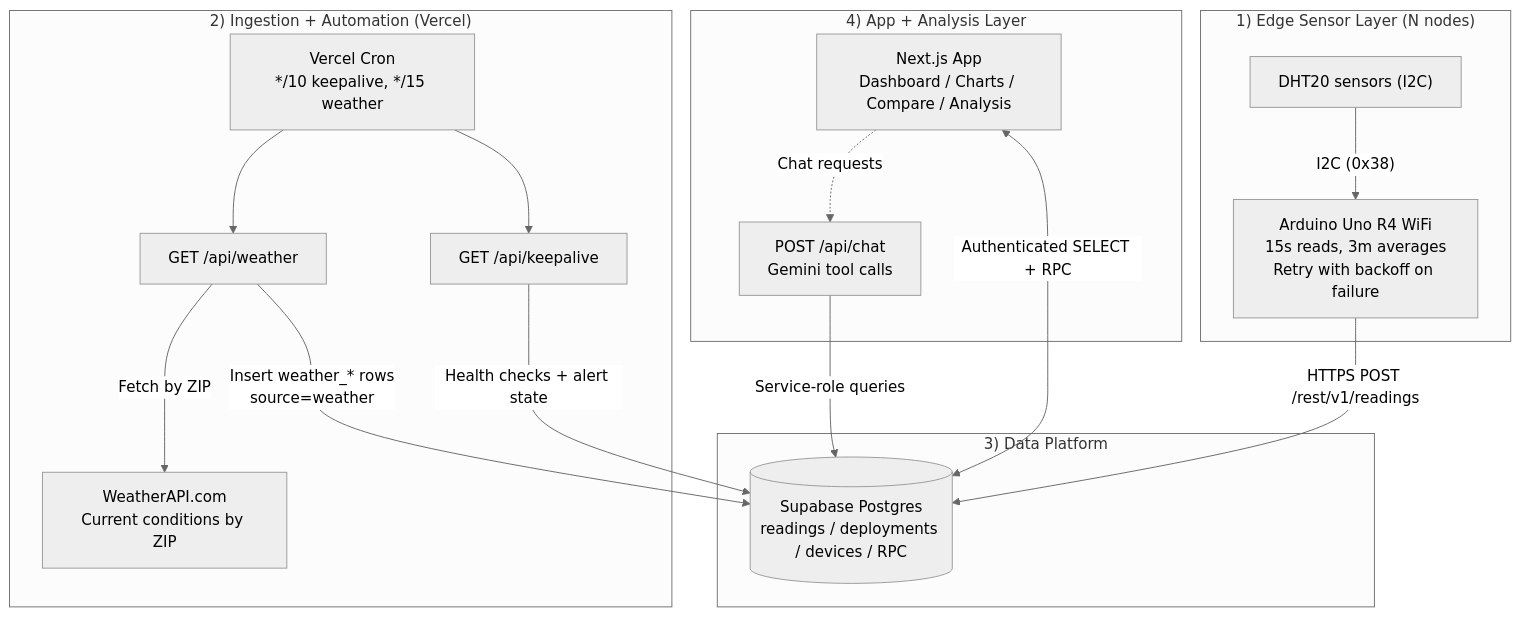
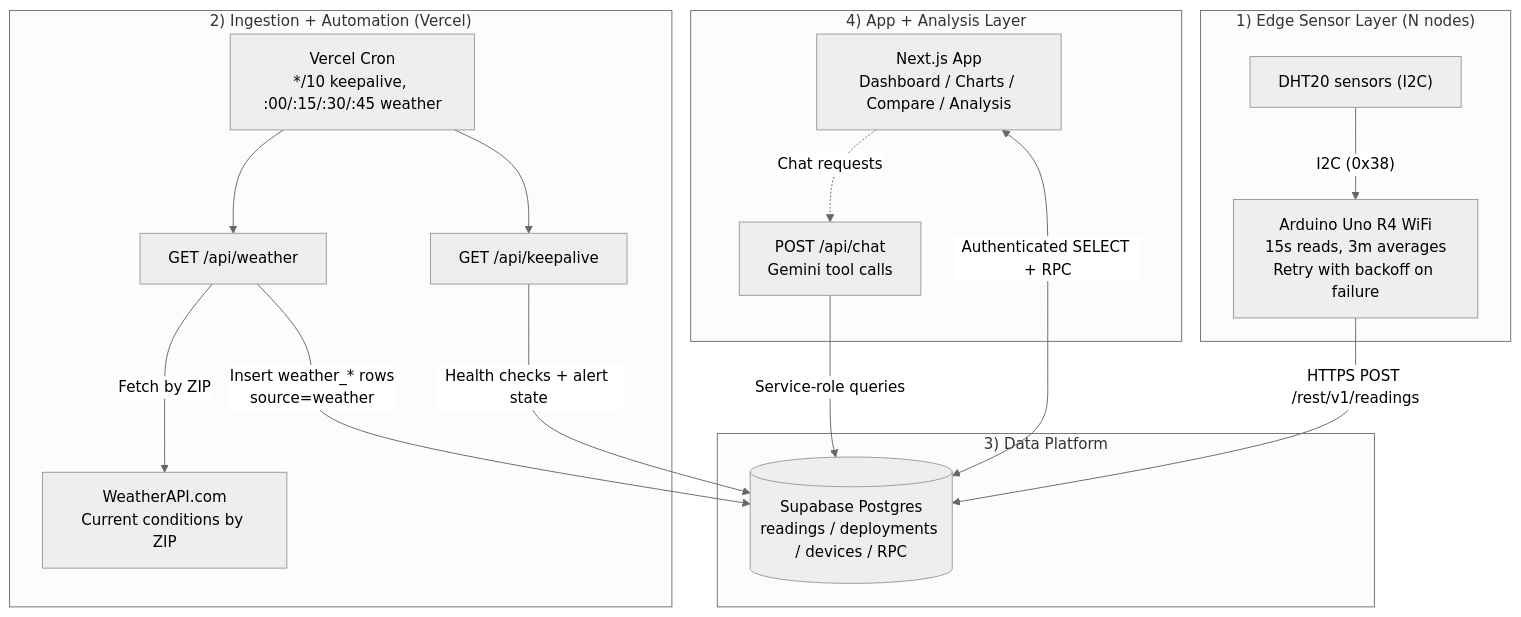
Before and after one commit to nikholasnova/TH-Dashboard: the diagram in README.md, drawn with Mermaid (neutral theme). The commit also changed 4 other files, not shown here.

````diff
--- a/README.md
+++ b/README.md
@@ -9,34 +9,34 @@
 ```mermaid
 flowchart TB
   subgraph edge["1) Edge Sensor Layer (N nodes)"]
     dht["DHT20 sensors (I2C)"]
     nodes["Arduino Uno R4 WiFi<br/>15s reads, 3m averages<br/>Retry with backoff on failure"]
     dht -->|"I2C (0x38)"| nodes
   end
 
   subgraph ingest["2) Ingestion + Automation (Vercel)"]
-    cron["Vercel Cron<br/>*/10 keepalive, */15 weather"]
+    cron["Vercel Cron<br/>*/10 keepalive, :00/:15/:30/:45 weather"]
     keepalive["GET /api/keepalive"]
     weatherRoute["GET /api/weather"]
     wx["WeatherAPI.com<br/>Current conditions by ZIP"]
     cron --> keepalive
     cron --> weatherRoute
     weatherRoute -->|"Fetch by ZIP"| wx
   end
 
   subgraph data["3) Data Platform"]
     db[("Supabase Postgres<br/>readings / deployments / devices / RPC")]
   end
 
   subgraph app["4) App + Analysis Layer"]
     ui["Next.js App<br/>Dashboard / Charts / Compare / Analysis"]
     chat["POST /api/chat<br/>Gemini tool calls"]
   end
 
   nodes -->|"HTTPS POST /rest/v1/readings"| db
   keepalive -->|"Health checks + alert state"| db
   weatherRoute -->|"Insert weather_* rows<br/>source=weather"| db
   ui <-->|"Authenticated SELECT + RPC"| db
   chat -->|"Service-role queries"| db
   ui -. "Chat requests" .-> chat
 ```
````
